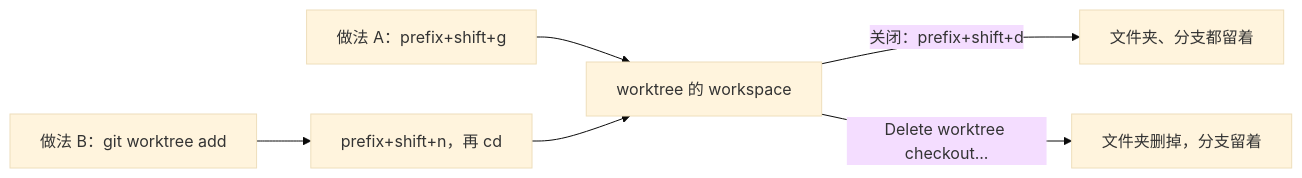
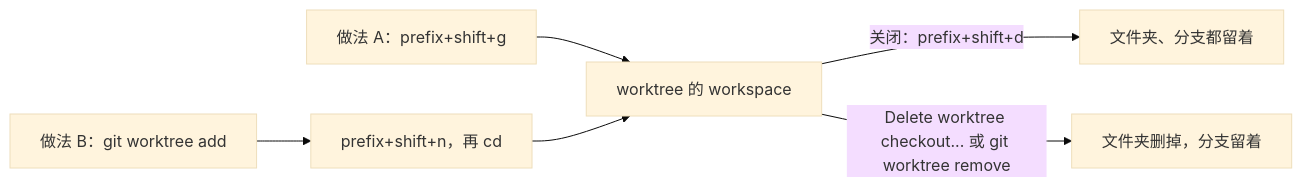
One commit to justmaocom/justmaocom.github.io changed the second of 3 diagrams in _posts/zh-CN/2026-11-12-herdr-run-multiple-ai-agents.md. Above: the diagram before and after it, drawn with Mermaid (base theme). The commit also changed 18 other files, not shown here.

````diff
--- a/_posts/zh-CN/2026-11-12-herdr-run-multiple-ai-agents.md
+++ b/_posts/zh-CN/2026-11-12-herdr-run-multiple-ai-agents.md
@@ -194,8 +194,8 @@
 ```mermaid
 flowchart LR
   A["做法 A：prefix+shift+g"] --> W[worktree 的 workspace]
   B["做法 B：git worktree add"] --> N["prefix+shift+n，再 cd"]
   N --> W
   W -->|"关闭：prefix+shift+d"| K[文件夹、分支都留着]
-  W -->|"Delete worktree checkout..."| F[文件夹删掉，分支留着]
+  W -->|"Delete worktree checkout... 或 git worktree remove"| F[文件夹删掉，分支留着]
 ```
````
